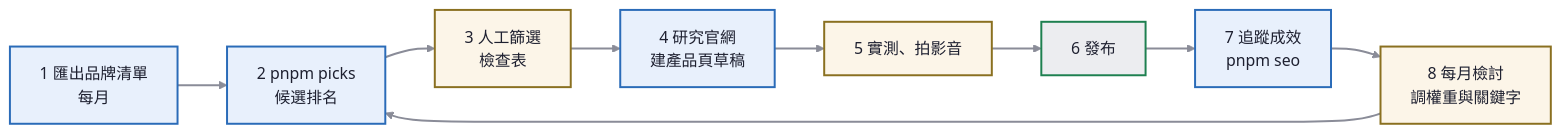
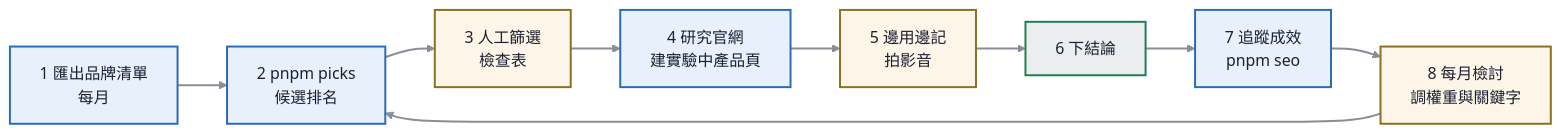
Before and after one commit to weiqi-kids/runa.tw: the diagram in docs/選品SOP.md, drawn with Mermaid. The commit also changed other lines of this file and 22 other files, not shown here.

````diff
--- a/docs/選品SOP.md
+++ b/docs/選品SOP.md
@@ -18,21 +18,21 @@
 ```mermaid
 flowchart LR
   A["1 匯出品牌清單<br/>每月"] --> B["2 pnpm picks<br/>候選排名"]
   B --> C["3 人工篩選<br/>檢查表"]
-  C --> D["4 研究官網<br/>建產品頁草稿"]
-  D --> E["5 實測、拍影音"]
-  E --> F["6 發布"]
+  C --> D["4 研究官網<br/>建實驗中產品頁"]
+  D --> E["5 邊用邊記<br/>拍影音"]
+  E --> F["6 下結論"]
   F --> G["7 追蹤成效<br/>pnpm seo"]
   G --> H["8 每月檢討<br/>調權重與關鍵字"]
   H --> B
 
   style A fill:#e8f0fc,stroke:#2a6bb8,stroke-width:2px,color:#1e2030
   style B fill:#e8f0fc,stroke:#2a6bb8,stroke-width:2px,color:#1e2030
   style D fill:#e8f0fc,stroke:#2a6bb8,stroke-width:2px,color:#1e2030
   style G fill:#e8f0fc,stroke:#2a6bb8,stroke-width:2px,color:#1e2030
   style C fill:#fcf5e8,stroke:#8a7020,stroke-width:2px,color:#1e2030
   style E fill:#fcf5e8,stroke:#8a7020,stroke-width:2px,color:#1e2030
   style H fill:#fcf5e8,stroke:#8a7020,stroke-width:2px,color:#1e2030
   style F fill:#ecedf0,stroke:#1e8050,stroke-width:2px,color:#1e2030
   linkStyle default stroke:#8a8c98,stroke-width:2px
 ```
````
